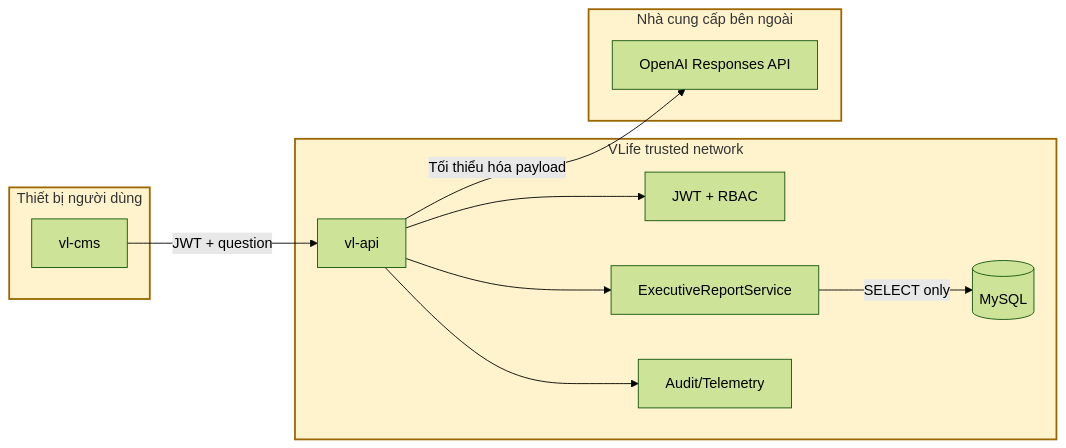
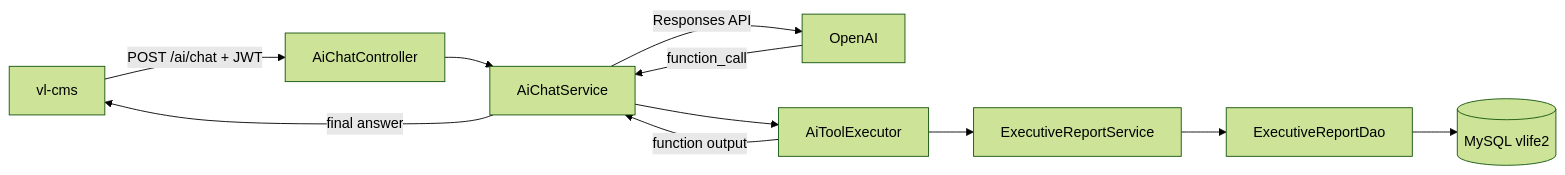
The first of 4 diagrams in aichatbot.md (huynv-xyz/vhm), drawn with Mermaid (forest theme) before and after one commit. The commit also changed other lines of this file, not shown here.

````diff
--- a/aichatbot.md
+++ b/aichatbot.md
@@ -81,28 +22,13 @@
 ```mermaid
 flowchart LR
-    subgraph USER[Thiết bị người dùng]
-        UI[vl-cms]
-    end
-
-    subgraph TRUSTED[VLife trusted network]
-        API[vl-api]
-        AUTH[JWT + RBAC]
-        REPORT[ExecutiveReportService]
-        AUDIT[Audit/Telemetry]
-        DB[(MySQL)]
-    end
-
-    subgraph EXTERNAL[Nhà cung cấp bên ngoài]
-        OAI[OpenAI Responses API]
-    end
-
-    UI -->|JWT + question| API
-    API --> AUTH
-    API --> REPORT
-    REPORT -->|SELECT only| DB
-    API -->|Tối thiểu hóa payload| OAI
-    API --> AUDIT
-
-    classDef boundary fill:#fff3cd,stroke:#9a6700,stroke-width:2px;
-    class USER,TRUSTED,EXTERNAL boundary;
+    UI[vl-cms] -->|POST /ai/chat + JWT| API[AiChatController]
+    API --> ORCH[AiChatService]
+    ORCH -->|Responses API| OAI[OpenAI]
+    OAI -->|function_call| ORCH
+    ORCH --> TOOL[AiToolExecutor]
+    TOOL --> REPORT[ExecutiveReportService]
+    REPORT --> DAO[ExecutiveReportDao]
+    DAO --> DB[(MySQL vlife2)]
+    TOOL -->|function output| ORCH
+    ORCH -->|final answer| UI
 ```
````
